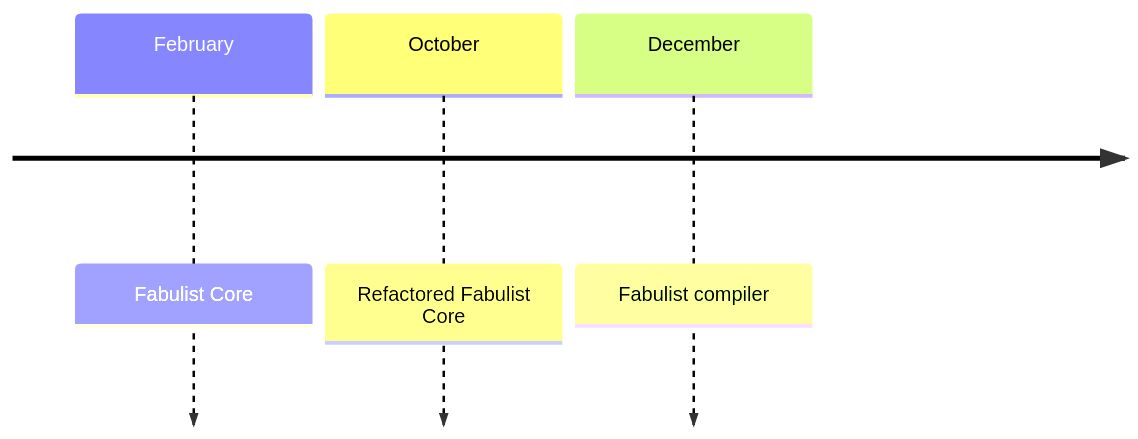
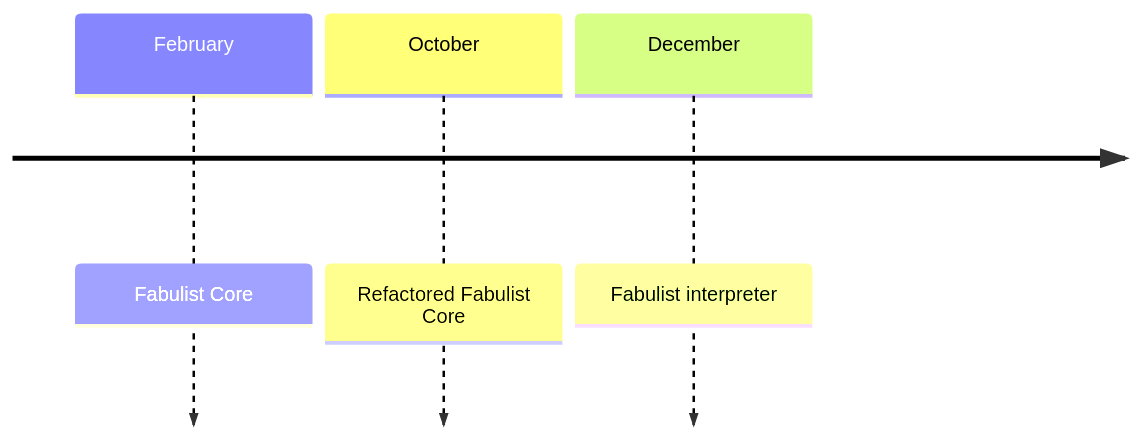
One commit to coreapostrophe/fabulist changed the first of 5 diagrams in README.md. Above: the diagram before and after it, drawn with Mermaid. The commit also changed 9 other files, not shown here.

First line of the commit message:
refactor: renamed crate from `fabulist_compiler` to the apt `fabulist_interpreter`

````diff
--- a/README.md
+++ b/README.md
@@ -14,6 +14,6 @@
 ```mermaid
 timeline
     February: Fabulist Core
     October: Refactored Fabulist Core
-    December: Fabulist compiler
+    December: Fabulist interpreter
 ```
````
